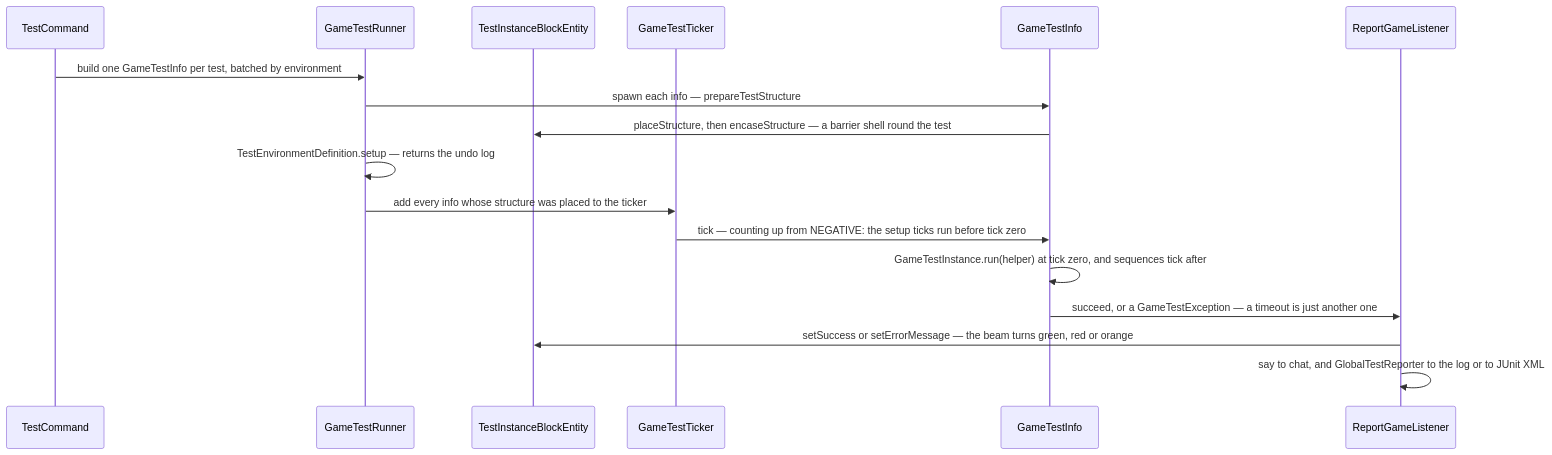
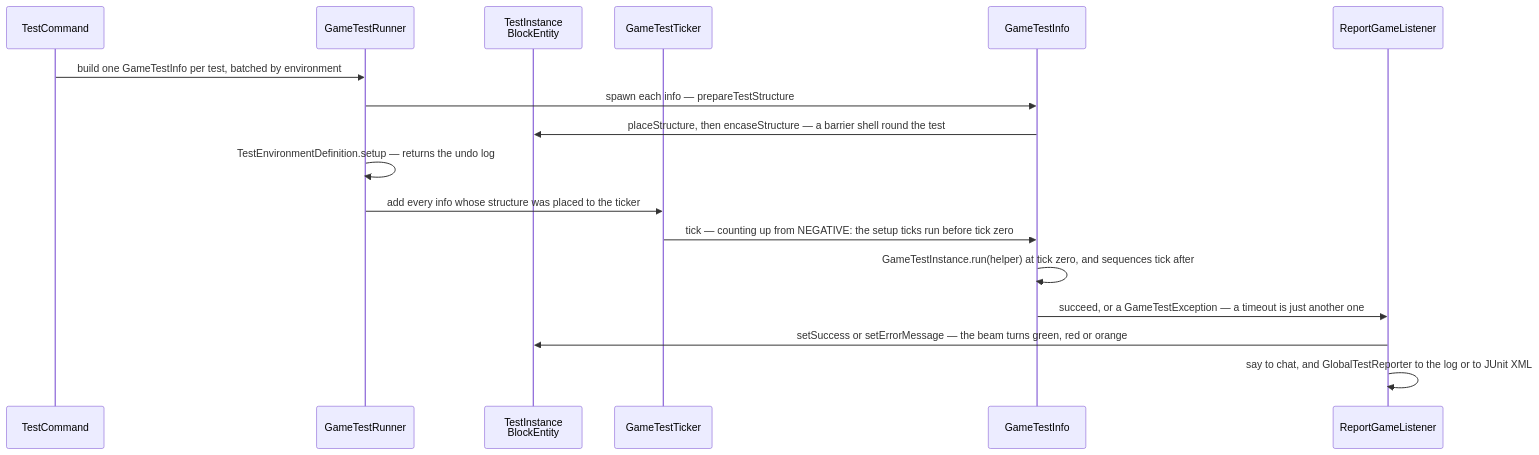
One commit to AlexanderjFraser/MinecraftDocs changed the second of 2 diagrams in src/systems/commands/game-tests.md. Above: the diagram before and after it, drawn with Mermaid. The commit also changed 68 other files, not shown here.

````diff
--- a/src/systems/commands/game-tests.md
+++ b/src/systems/commands/game-tests.md
@@ -96,20 +96,20 @@
 ```mermaid
 sequenceDiagram
     participant TC as TestCommand
     participant GTR as GameTestRunner
-    participant TIB as TestInstanceBlockEntity
+    participant TIB as TestInstance<br/>BlockEntity
     participant GTT as GameTestTicker
     participant GI as GameTestInfo
     participant RGL as ReportGameListener
 
     TC->>GTR: build one GameTestInfo per test, batched by environment
     GTR->>GI: spawn each info — prepareTestStructure
     GI->>TIB: placeStructure, then encaseStructure — a barrier shell round the test
     GTR->>GTR: TestEnvironmentDefinition.setup — returns the undo log
     GTR->>GTT: add every info whose structure was placed to the ticker
     GTT->>GI: tick — counting up from NEGATIVE: the setup ticks run before tick zero
     GI->>GI: GameTestInstance.run(helper) at tick zero, and sequences tick after
     GI->>RGL: succeed, or a GameTestException — a timeout is just another one
     RGL->>TIB: setSuccess or setErrorMessage — the beam turns green, red or orange
     RGL->>RGL: say to chat, and GlobalTestReporter to the log or to JUnit XML
 ```
````
